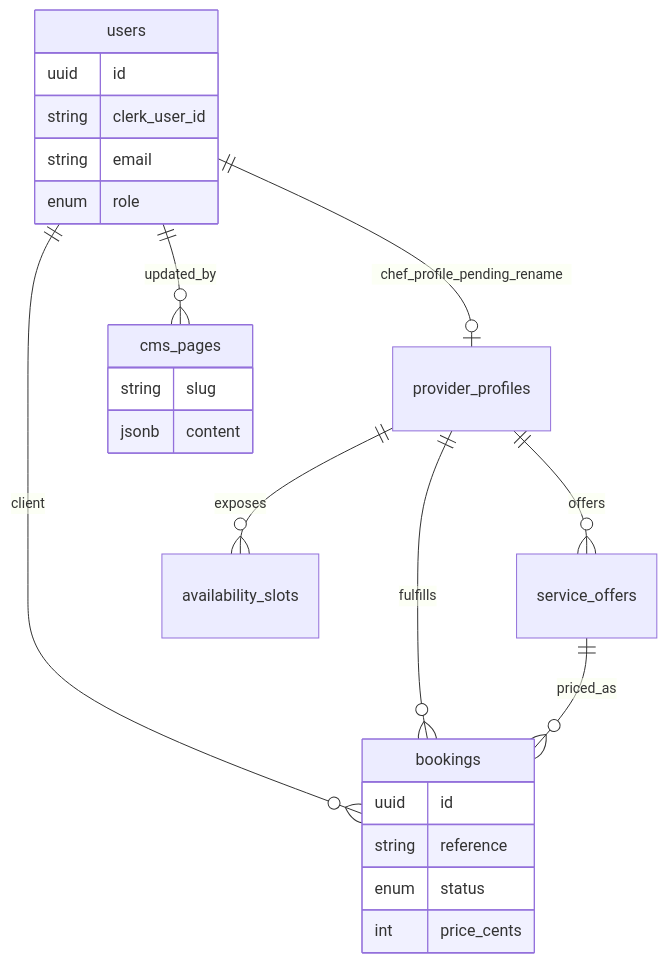
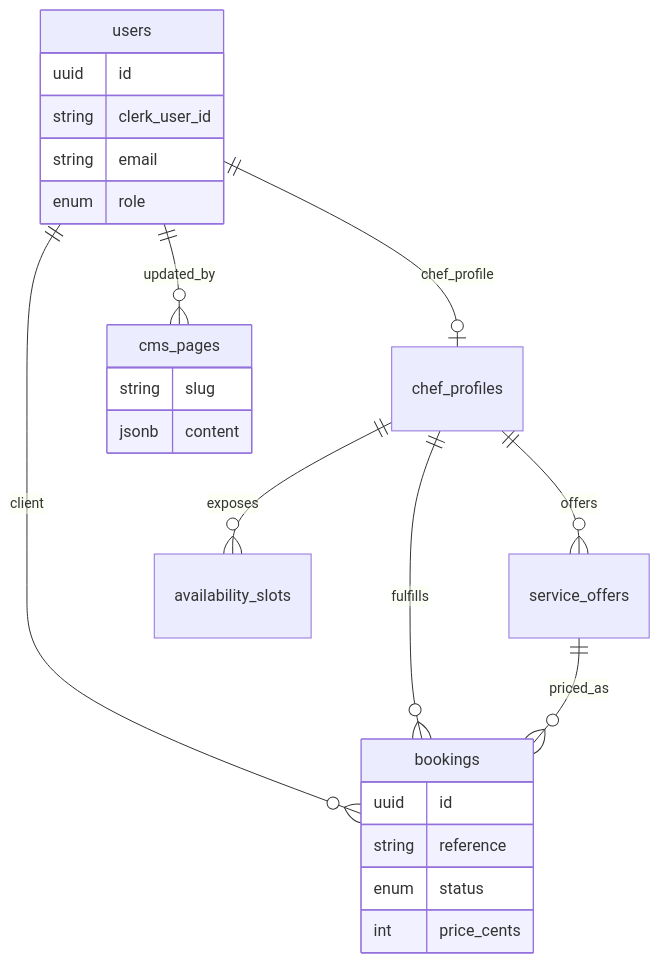
Before and after one commit to LabsFood/LF-BackEnd: the first of 2 diagrams in docs/architecture.md, drawn with Mermaid. The commit also changed other lines of this file and 31 other files, not shown here.

````diff
--- a/docs/architecture.md
+++ b/docs/architecture.md
@@ -103,27 +107,27 @@
 ```mermaid
 erDiagram
-    users ||--o| provider_profiles : "chef_profile_pending_rename"
+    users ||--o| chef_profiles : "chef_profile"
     users ||--o{ bookings : "client"
-    provider_profiles ||--o{ service_offers : "offers"
-    provider_profiles ||--o{ availability_slots : "exposes"
-    provider_profiles ||--o{ bookings : "fulfills"
+    chef_profiles ||--o{ service_offers : "offers"
+    chef_profiles ||--o{ availability_slots : "exposes"
+    chef_profiles ||--o{ bookings : "fulfills"
     service_offers ||--o{ bookings : "priced_as"
     users ||--o{ cms_pages : "updated_by"
 
     users {
       uuid id
       string clerk_user_id
       string email
       enum role
     }
     bookings {
       uuid id
       string reference
       enum status
       int price_cents
     }
     cms_pages {
       string slug
       jsonb content
     }
 ```
````
